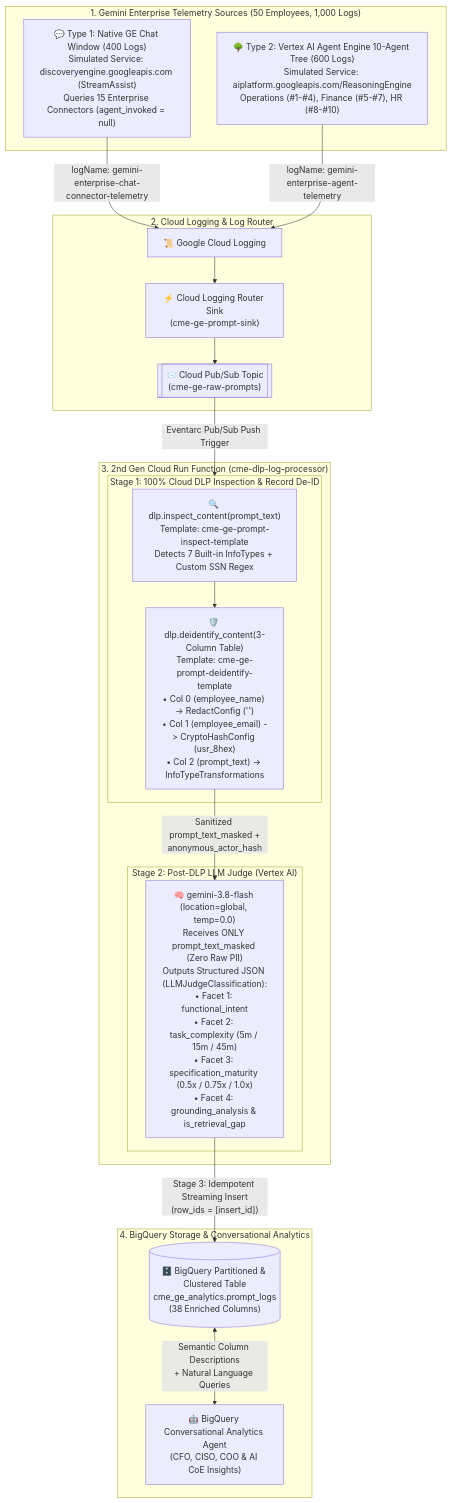
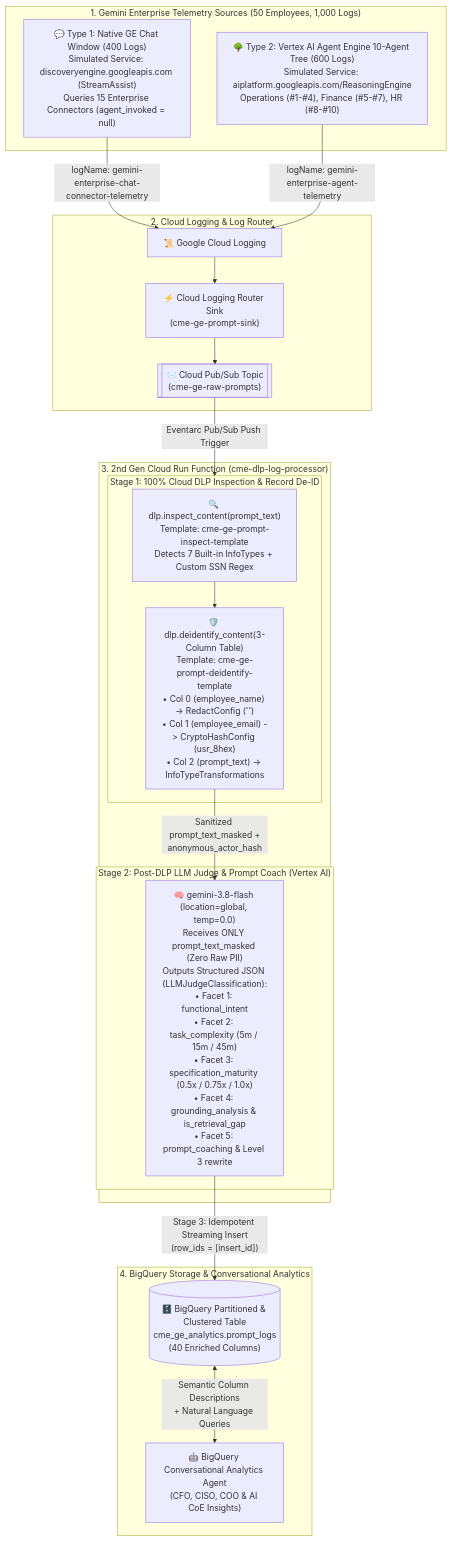
The first of 3 diagrams in Solution_Description.md (wanderas-pixel/ge-prompt-analytics), drawn with Mermaid before and after one commit. The commit also changed other lines of this file and 3 other files, not shown here.

Commit message:
docs & data: align all documentation and 1,000-row dataset with 40-column 5-Facet Prompt Coach solution

````diff
--- a/Solution_Description.md
+++ b/Solution_Description.md
@@ -48,35 +48,35 @@
 ```mermaid
 flowchart TD
     subgraph Sources ["1. Gemini Enterprise Telemetry Sources (50 Employees, 1,000 Logs)"]
         Chat["💬 Type 1: Native GE Chat Window (400 Logs)<br/>Simulated Service: discoveryengine.googleapis.com (StreamAssist)<br/>Queries 15 Enterprise Connectors (agent_invoked = null)"]
         Tree["🌳 Type 2: Vertex AI Agent Engine 10-Agent Tree (600 Logs)<br/>Simulated Service: aiplatform.googleapis.com/ReasoningEngine<br/>Operations (#1-#4), Finance (#5-#7), HR (#8-#10)"]
     end
 
     subgraph Logging ["2. Cloud Logging & Log Router"]
         Chat -- "logName: gemini-enterprise-chat-connector-telemetry" --> CL["📜 Google Cloud Logging"]
         Tree -- "logName: gemini-enterprise-agent-telemetry" --> CL
         CL --> Sink["⚡ Cloud Logging Router Sink<br/>(cme-ge-prompt-sink)"]
         Sink --> PS[["📨 Cloud Pub/Sub Topic<br/>(cme-ge-raw-prompts)"]]
     end
 
     subgraph CloudRun ["3. 2nd Gen Cloud Run Function (cme-dlp-log-processor)"]
         PS -- "Eventarc Pub/Sub Push Trigger" --> Stage1
         
         subgraph Stage1 ["Stage 1: 100% Cloud DLP Inspection & Record De-ID"]
             Inspect["🔍 dlp.inspect_content(prompt_text)<br/>Template: cme-ge-prompt-inspect-template<br/>Detects 7 Built-in InfoTypes + Custom SSN Regex"]
             DeID["🛡️ dlp.deidentify_content(3-Column Table)<br/>Template: cme-ge-prompt-deidentify-template<br/>• Col 0 (employee_name) -> RedactConfig ('')<br/>• Col 1 (employee_email) -> CryptoHashConfig (usr_8hex)<br/>• Col 2 (prompt_text) -> InfoTypeTransformations"]
             Inspect --> DeID
         end
 
-        subgraph Stage2 ["Stage 2: Post-DLP LLM Judge (Vertex AI)"]
-            Judge["🧠 gemini-3.8-flash (location=global, temp=0.0)<br/>Receives ONLY prompt_text_masked (Zero Raw PII)<br/>Outputs Structured JSON (LLMJudgeClassification):<br/>• Facet 1: functional_intent<br/>• Facet 2: task_complexity (5m / 15m / 45m)<br/>• Facet 3: specification_maturity (0.5x / 0.75x / 1.0x)<br/>• Facet 4: grounding_analysis & is_retrieval_gap"]
+        subgraph Stage2 ["Stage 2: Post-DLP LLM Judge & Prompt Coach (Vertex AI)"]
+            Judge["🧠 gemini-3.8-flash (location=global, temp=0.0)<br/>Receives ONLY prompt_text_masked (Zero Raw PII)<br/>Outputs Structured JSON (LLMJudgeClassification):<br/>• Facet 1: functional_intent<br/>• Facet 2: task_complexity (5m / 15m / 45m)<br/>• Facet 3: specification_maturity (0.5x / 0.75x / 1.0x)<br/>• Facet 4: grounding_analysis & is_retrieval_gap<br/>• Facet 5: prompt_coaching & Level 3 rewrite"]
         end
 
         DeID -- "Sanitized prompt_text_masked +<br/>anonymous_actor_hash" --> Judge
     end
 
     subgraph Analytics ["4. BigQuery Storage & Conversational Analytics"]
-        Judge -- "Stage 3: Idempotent Streaming Insert<br/>(row_ids = [insert_id])" --> BQ[("🗄️ BigQuery Partitioned & Clustered Table<br/>cme_ge_analytics.prompt_logs<br/>(38 Enriched Columns)")]
+        Judge -- "Stage 3: Idempotent Streaming Insert<br/>(row_ids = [insert_id])" --> BQ[("🗄️ BigQuery Partitioned & Clustered Table<br/>cme_ge_analytics.prompt_logs<br/>(40 Enriched Columns)")]
         BQ <-->|"Semantic Column Descriptions<br/>+ Natural Language Queries"| Agent["🤖 BigQuery Conversational Analytics Agent<br/>(CFO, CISO, COO & AI CoE Insights)"]
     end
 ```
````
